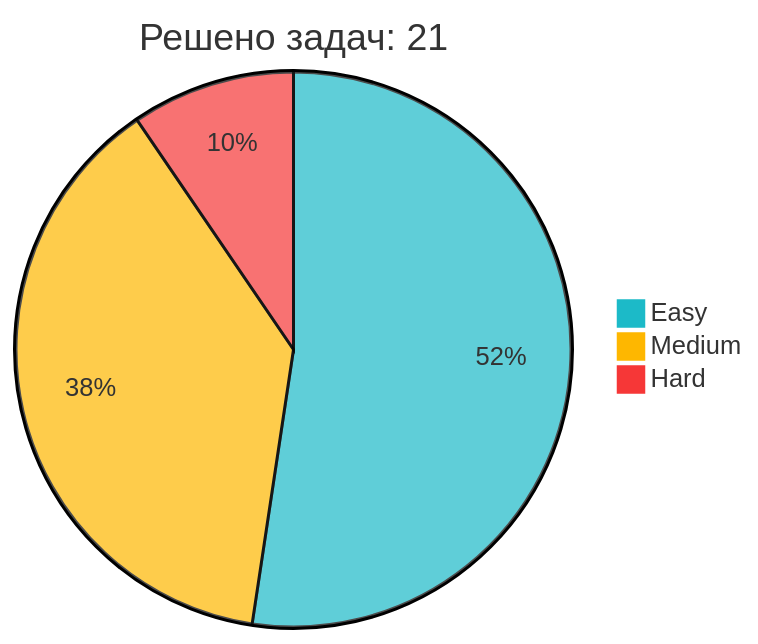
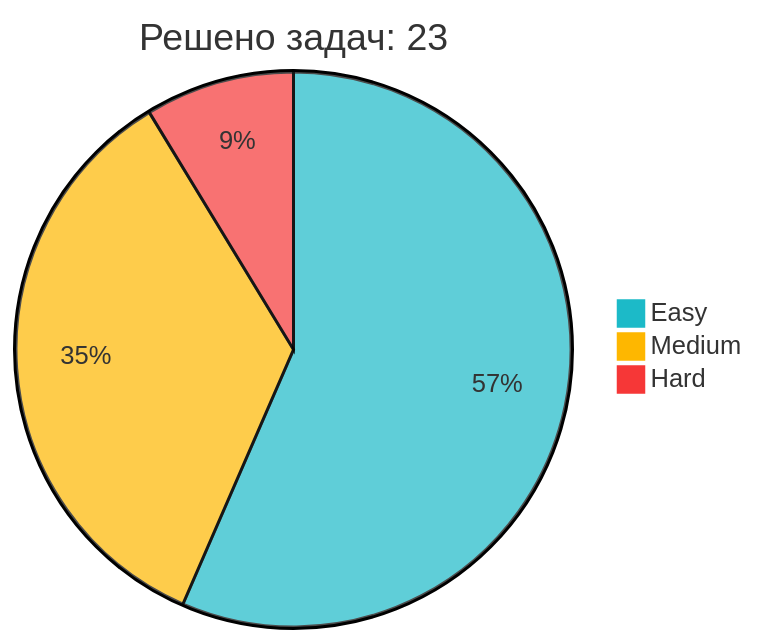
One commit to IliaKurdukov/IliaKurdukov changed the diagram in README.md. Above: the diagram before and after it, drawn with Mermaid. The commit also changed other lines of this file, not shown here.

Commit message:
📈 Обновление статистики LeetCode

````diff
--- a/README.md
+++ b/README.md
@@ -51,7 +51,7 @@
 ```mermaid
 %%{init: {'theme': 'base', 'themeVariables': { 'pie1': '#1CBAC8', 'pie2': '#FEB700', 'pie3': '#F63737' }, 'config': {'width': 300, 'height': 200}}}%%
-pie title Решено задач: 21
-   "Easy" : 11
+pie title Решено задач: 23
+   "Easy" : 13
    "Medium" : 8
    "Hard" : 2
 ```
````
